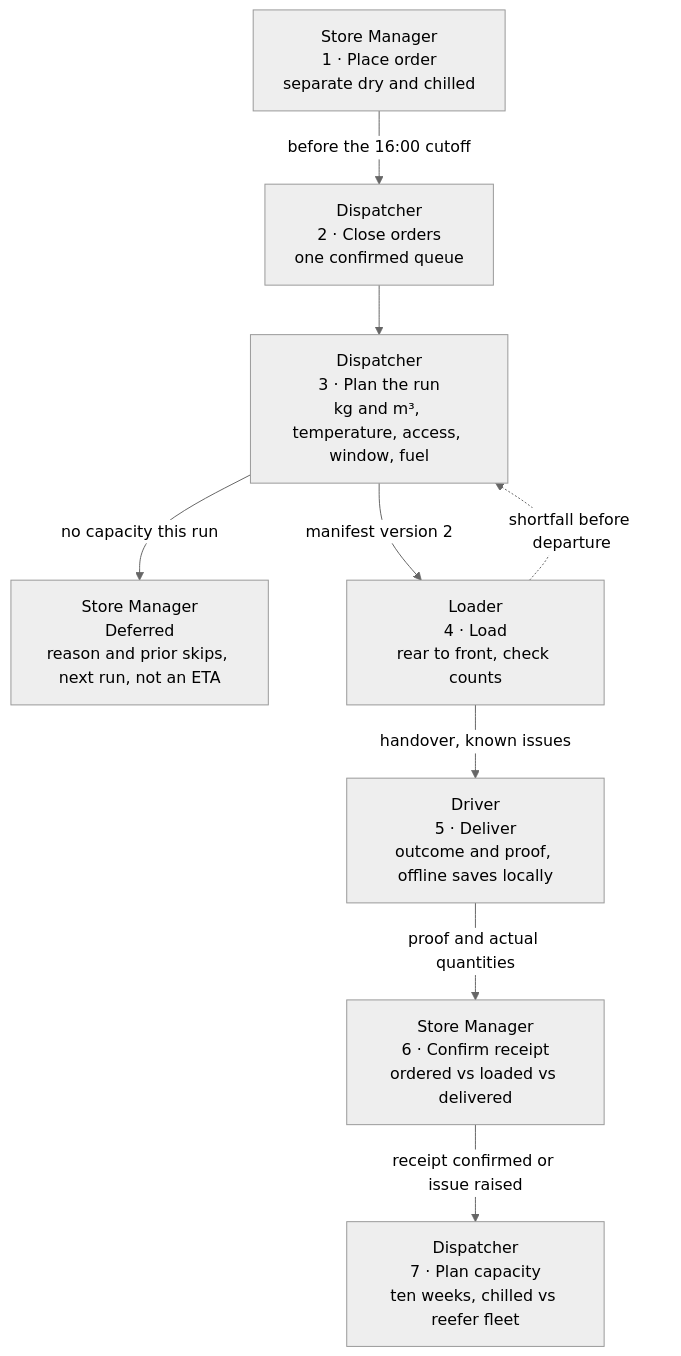
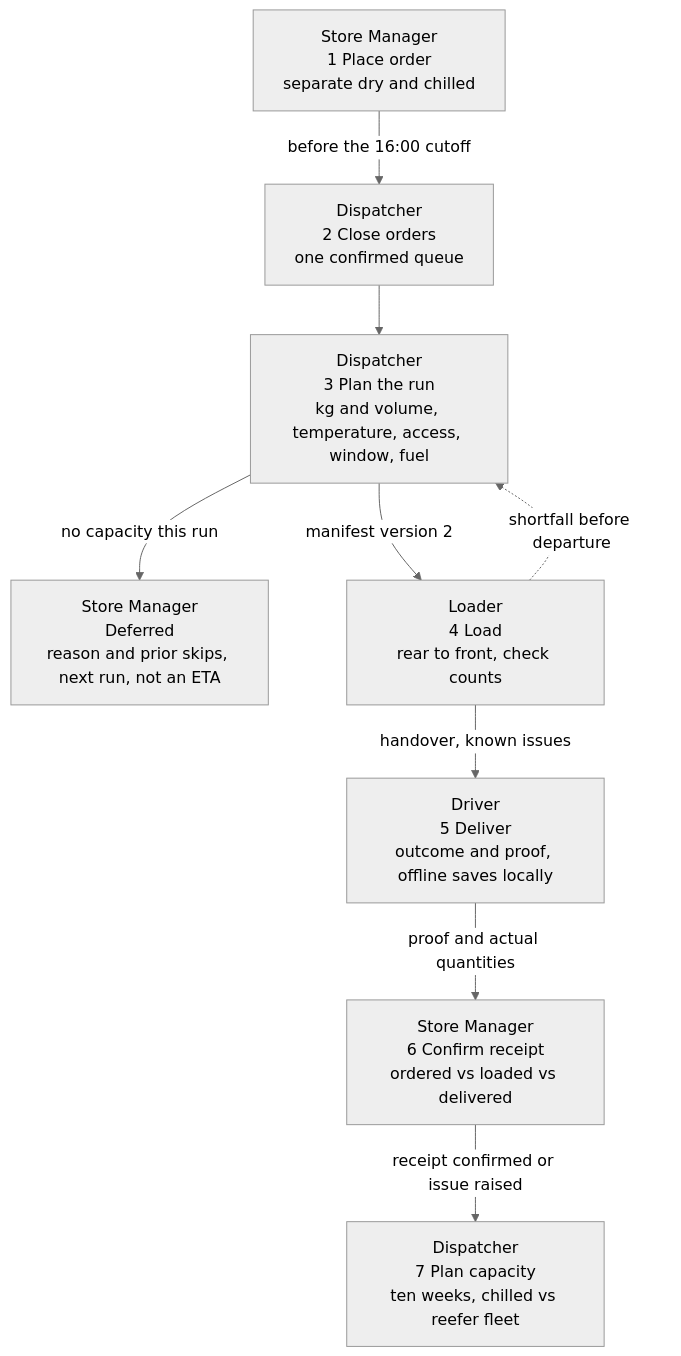
The second of 7 diagrams in docs/designathon-rationale-diagrams-styleguide.md (Pasidu-Mihiranga/TechTrithalon), drawn with Mermaid (neutral theme) before and after one commit. The commit also changed other lines of this file, not shown here.

````diff
--- a/docs/designathon-rationale-diagrams-styleguide.md
+++ b/docs/designathon-rationale-diagrams-styleguide.md
@@ -126,11 +382,11 @@
 ```mermaid
 flowchart TD
-  A["Store Manager<br/>1 · Place order<br/>separate dry and chilled"] -->|before the 16:00 cutoff| B["Dispatcher<br/>2 · Close orders<br/>one confirmed queue"]
-  B --> C["Dispatcher<br/>3 · Plan the run<br/>kg and m³, temperature, access, window, fuel"]
+  A["Store Manager<br/>1 Place order<br/>separate dry and chilled"] -->|before the 16:00 cutoff| B["Dispatcher<br/>2 Close orders<br/>one confirmed queue"]
+  B --> C["Dispatcher<br/>3 Plan the run<br/>kg and volume, temperature, access, window, fuel"]
   C -->|no capacity this run| D["Store Manager<br/>Deferred<br/>reason and prior skips, next run, not an ETA"]
-  C -->|manifest version 2| E["Loader<br/>4 · Load<br/>rear to front, check counts"]
+  C -->|manifest version 2| E["Loader<br/>4 Load<br/>rear to front, check counts"]
   E -. shortfall before departure .-> C
-  E -->|handover, known issues| F["Driver<br/>5 · Deliver<br/>outcome and proof, offline saves locally"]
-  F -->|proof and actual quantities| G["Store Manager<br/>6 · Confirm receipt<br/>ordered vs loaded vs delivered"]
-  G -->|receipt confirmed or issue raised| H["Dispatcher<br/>7 · Plan capacity<br/>ten weeks, chilled vs reefer fleet"]
+  E -->|handover, known issues| F["Driver<br/>5 Deliver<br/>outcome and proof, offline saves locally"]
+  F -->|proof and actual quantities| G["Store Manager<br/>6 Confirm receipt<br/>ordered vs loaded vs delivered"]
+  G -->|receipt confirmed or issue raised| H["Dispatcher<br/>7 Plan capacity<br/>ten weeks, chilled vs reefer fleet"]
 ```
````
